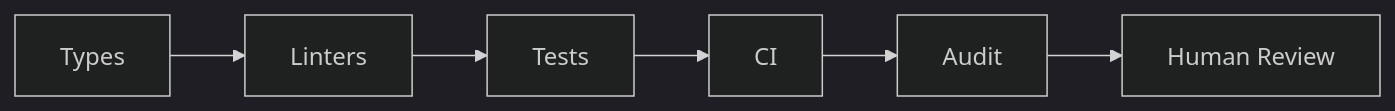
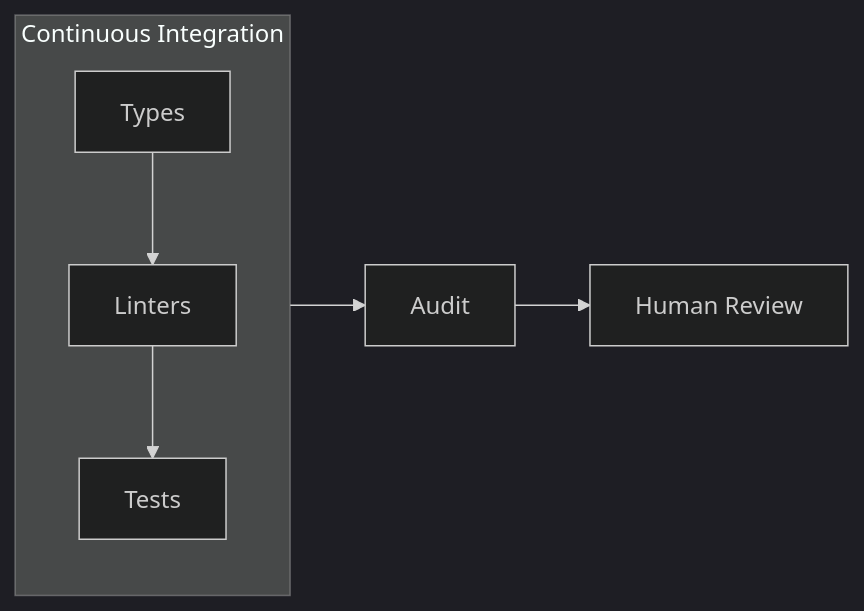
The first of 3 diagrams in UNT/dark_factory.md (jh125486/presentations), drawn with Mermaid (dark theme) before and after one commit. The commit also changed other lines of this file, not shown here.

First line of the commit message:
restructure dark factory deck for 75-min PhD talk, fix Opus review findings

````diff
--- a/UNT/dark_factory.md
+++ b/UNT/dark_factory.md
@@ -94,4 +51,7 @@
 ```mermaid
 flowchart LR
-  A[Types] --> B[Linters] --> C[Tests] --> D[CI] --> E[Audit] --> F[Human Review]
+  subgraph CI["Continuous Integration"]
+    A[Types] --> B[Linters] --> C[Tests]
+  end
+  CI --> D[Audit] --> E[Human Review]
 ```
````
